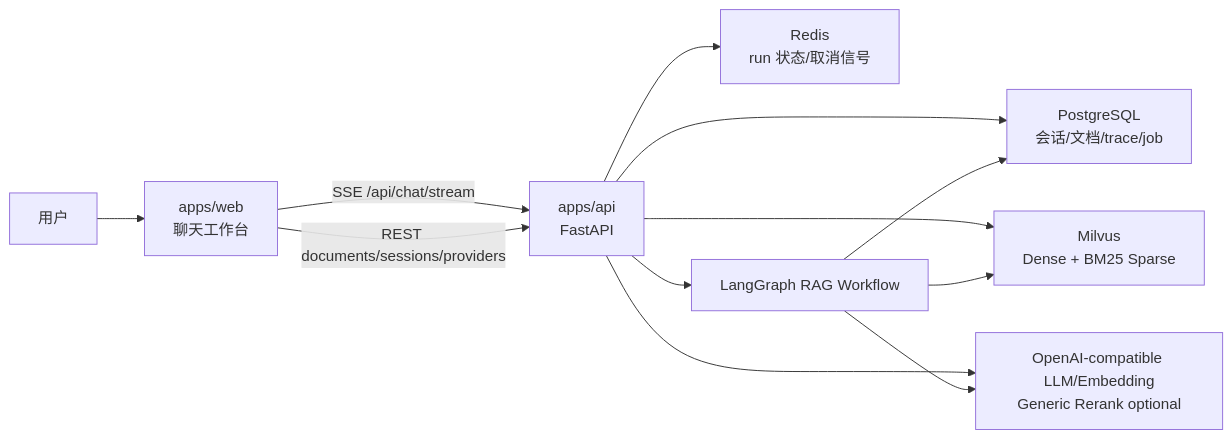
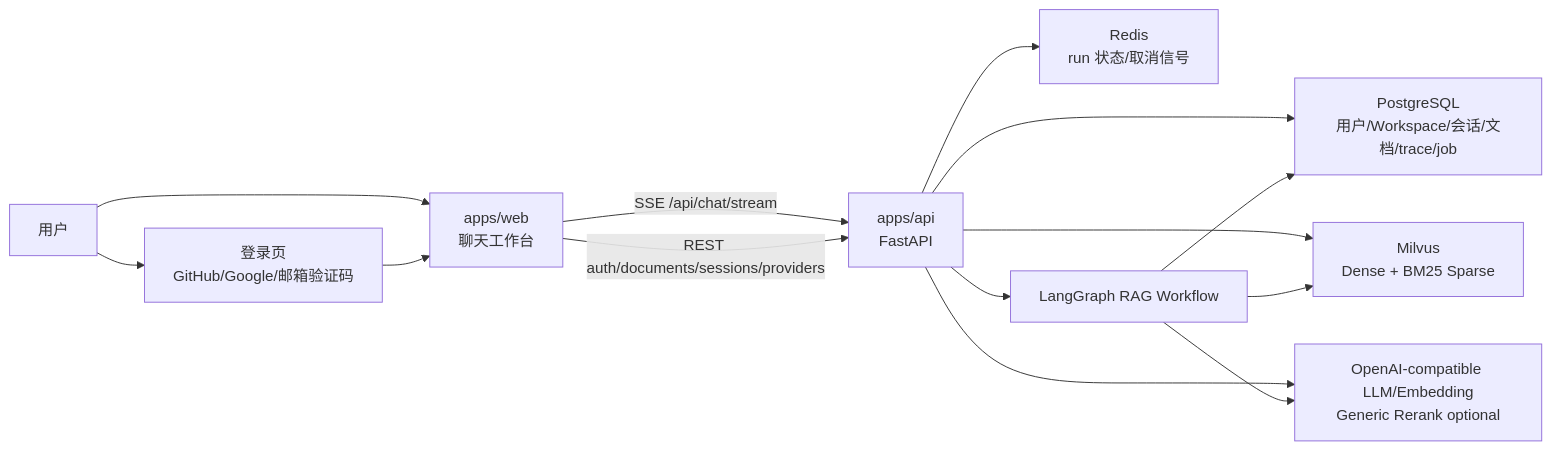
The first of 2 diagrams in ARCHITECTURE.md (SimpLe-L/chat-bot), drawn with Mermaid before and after one commit. The commit also changed other lines of this file and 29 other files, not shown here.

````diff
--- a/ARCHITECTURE.md
+++ b/ARCHITECTURE.md
@@ -11,14 +11,16 @@
 ```mermaid
 flowchart LR
   User["用户"] --> Web["apps/web<br/>聊天工作台"]
+  User --> Auth["登录页<br/>GitHub/Google/邮箱验证码"]
+  Auth --> Web
   Web -->|SSE /api/chat/stream| Api["apps/api<br/>FastAPI"]
-  Web -->|REST documents/sessions/providers| Api
-  Api --> Pg["PostgreSQL<br/>会话/文档/trace/job"]
+  Web -->|REST auth/documents/sessions/providers| Api
+  Api --> Pg["PostgreSQL<br/>用户/Workspace/会话/文档/trace/job"]
   Api --> Redis["Redis<br/>run 状态/取消信号"]
   Api --> Milvus["Milvus<br/>Dense + BM25 Sparse"]
   Api --> Providers["OpenAI-compatible LLM/Embedding<br/>Generic Rerank optional"]
   Api --> Graph["LangGraph RAG Workflow"]
   Graph --> Milvus
   Graph --> Providers
   Graph --> Pg
 ```
````
